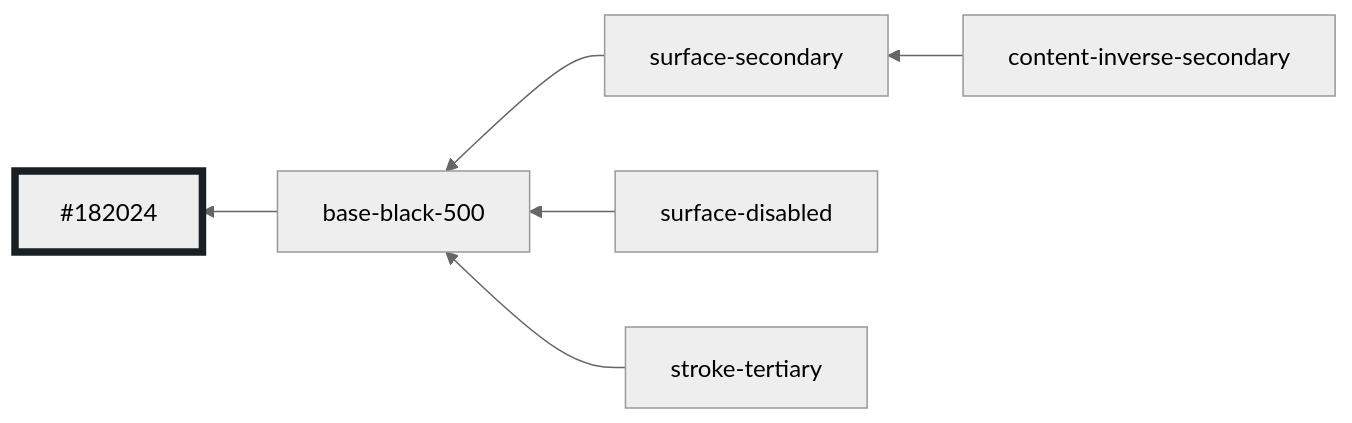
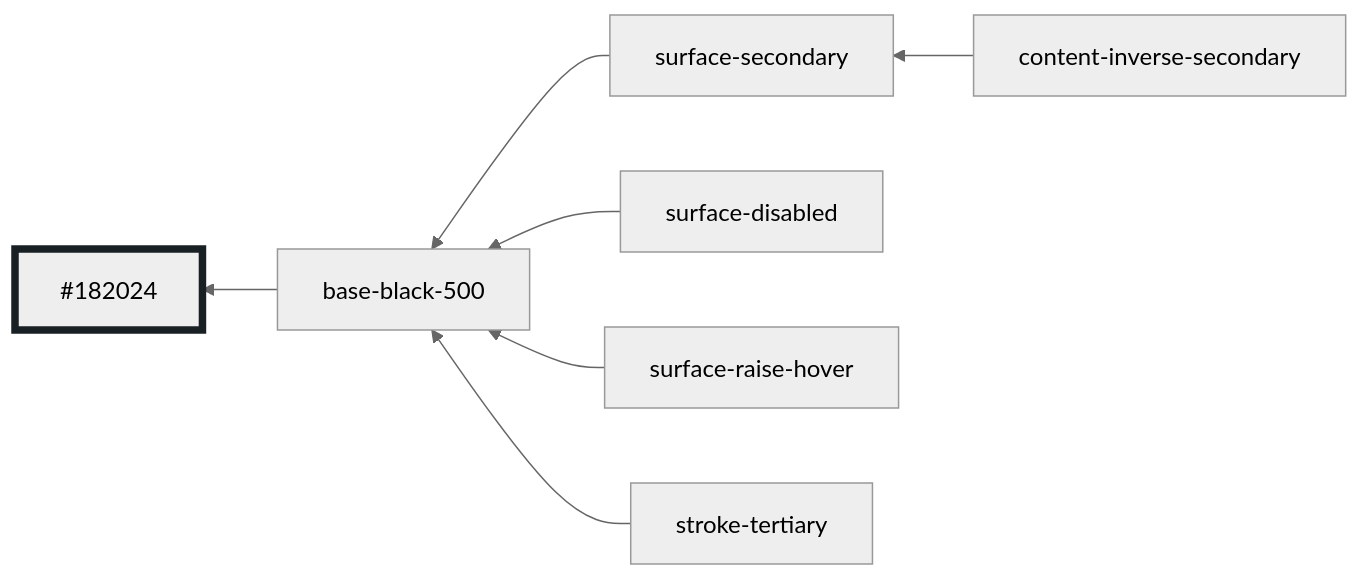
Diagram 27 of 29 in libs/ui/styles/themes/main.md (oxidecomputer/console), drawn with Mermaid (neutral theme) before and after one commit. The commit also changed 4 other files, not shown here.

````diff
--- a/libs/ui/styles/themes/main.md
+++ b/libs/ui/styles/themes/main.md
@@ -340,10 +340,11 @@
 ```mermaid
 graph RL
   base-black-500 --> #182024:::base-black-500
   surface-secondary --> base-black-500
   surface-disabled --> base-black-500
+  surface-raise-hover --> base-black-500
   content-inverse-secondary --> surface-secondary
   stroke-tertiary --> base-black-500
 
   classDef base-black-500 stroke-width:5,stroke:#182024
 ```
````
